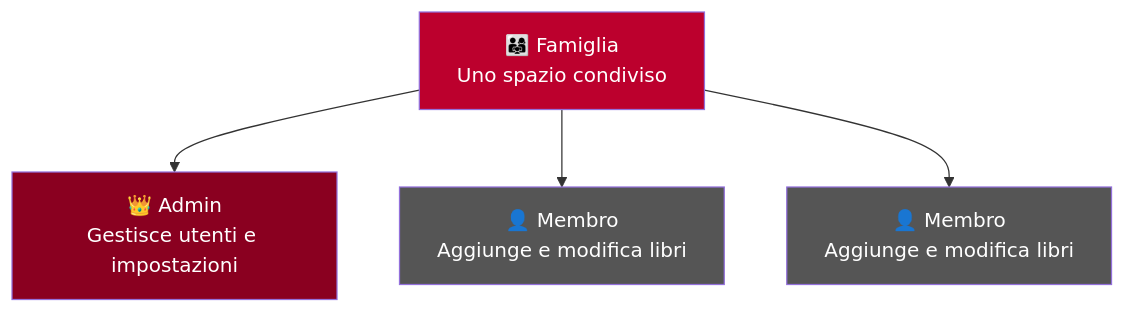
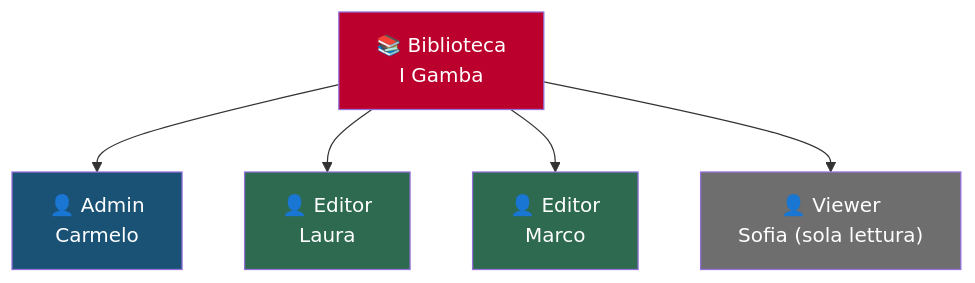
One commit to jinbocho/jinbocho.github.io changed the first of 2 diagrams in docs_it/user/09-user-management.md. Above: the diagram before and after it, drawn with Mermaid. The commit also changed other lines of this file and 70 other files, not shown here.

````diff
--- a/docs_it/user/09-user-management.md
+++ b/docs_it/user/09-user-management.md
@@ -9,11 +12,18 @@
 ```mermaid
 graph TD
-    F[👨‍👩‍👧 Famiglia<br/>Uno spazio condiviso] --> A[👑 Admin<br/>Gestisce utenti e impostazioni]
-    F --> U1[👤 Membro<br/>Aggiunge e modifica libri]
-    F --> U2[👤 Membro<br/>Aggiunge e modifica libri]
+    F["📚 Biblioteca<br/>I Gamba"]
+    A["👤 Admin<br/>Carmelo"]
+    E1["👤 Editor<br/>Laura"]
+    E2["👤 Editor<br/>Marco"]
+    V["👤 Viewer<br/>Sofia (sola lettura)"]
+    F --> A
+    F --> E1
+    F --> E2
+    F --> V
 
     style F fill:#BC002D,color:#fff
-    style A fill:#8a0020,color:#fff
-    style U1 fill:#555,color:#fff
-    style U2 fill:#555,color:#fff
+    style A fill:#1A5276,color:#fff
+    style E1 fill:#2D6A4F,color:#fff
+    style E2 fill:#2D6A4F,color:#fff
+    style V fill:#6E6E6E,color:#fff
 ```
````
